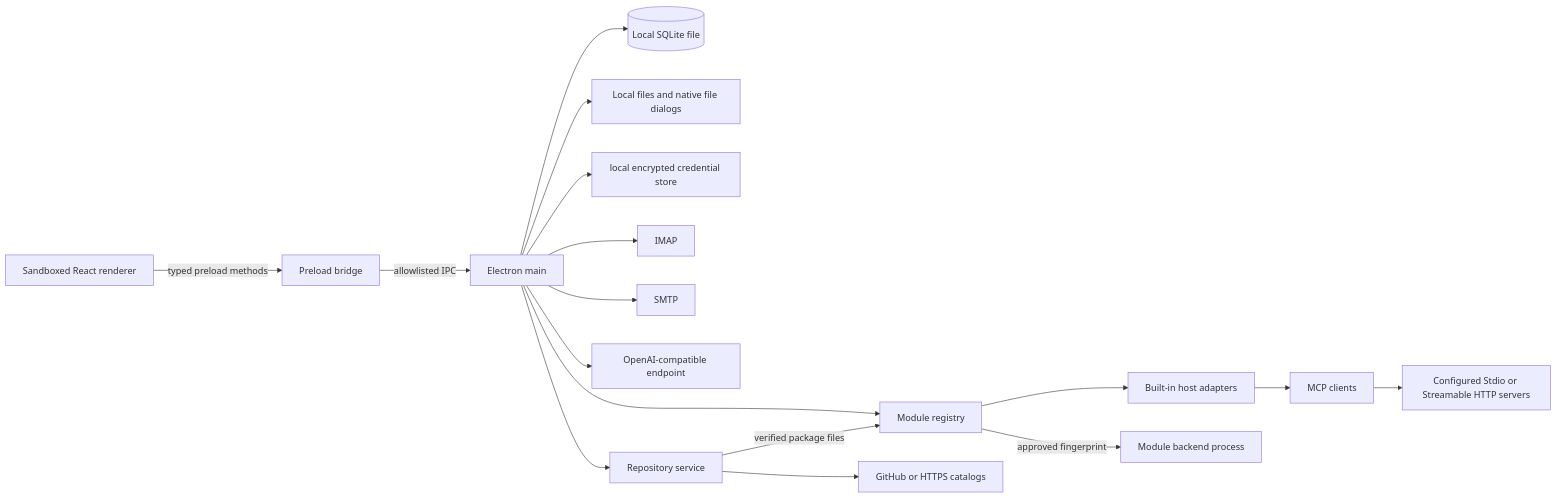
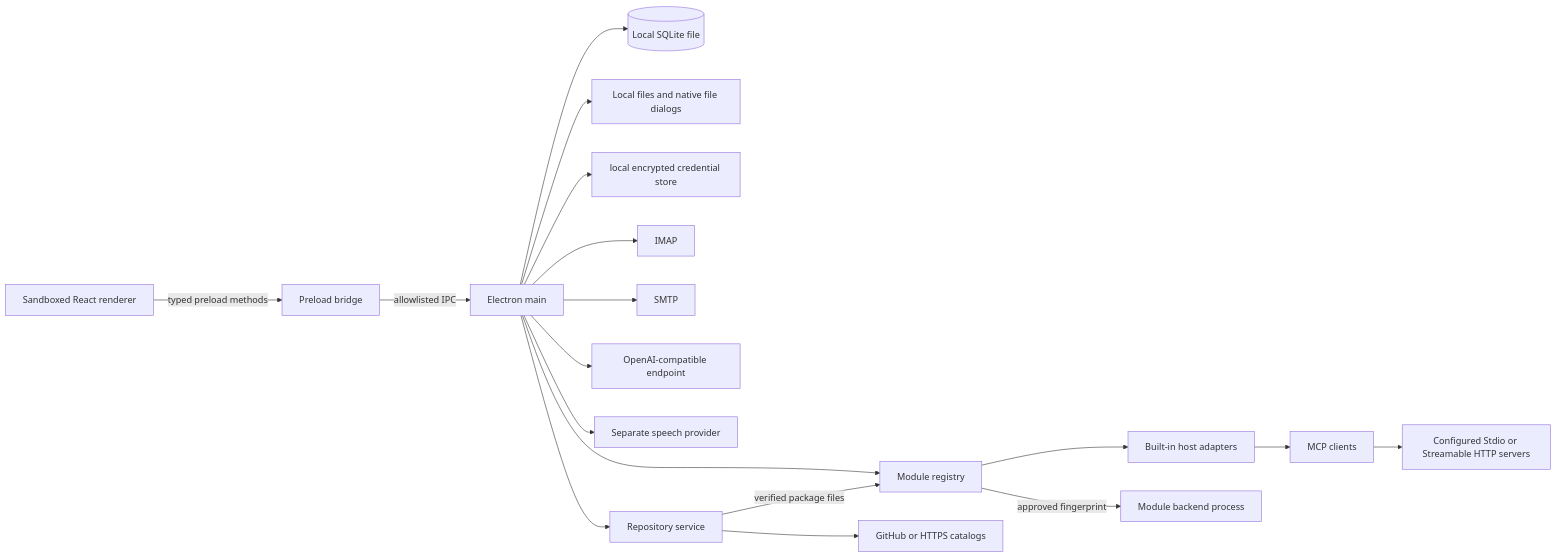
Before and after one commit to Tiboriuss/OpenVibeDesk: the diagram in docs/architecture.md, drawn with Mermaid. The commit also changed other lines of this file and 32 other files, not shown here.

````diff
--- a/docs/architecture.md
+++ b/docs/architecture.md
@@ -11,19 +11,20 @@
 ```mermaid
 flowchart LR
   R[Sandboxed React renderer] -->|typed preload methods| P[Preload bridge]
   P -->|allowlisted IPC| M[Electron main]
   M --> D[(Local SQLite file)]
   M --> F[Local files and native file dialogs]
   M --> K[local encrypted credential store]
   M --> I[IMAP]
   M --> O[SMTP]
   M --> L[OpenAI-compatible endpoint]
+  M --> ST[Separate speech provider]
   M --> MR[Module registry]
   M --> RS[Repository service]
   RS --> RC[GitHub or HTTPS catalogs]
   RS -->|verified package files| MR
   MR --> BM[Built-in host adapters]
   MR -->|approved fingerprint| UM[Module backend process]
   BM --> C[MCP clients]
   C --> S[Configured Stdio or Streamable HTTP servers]
 ```
````
